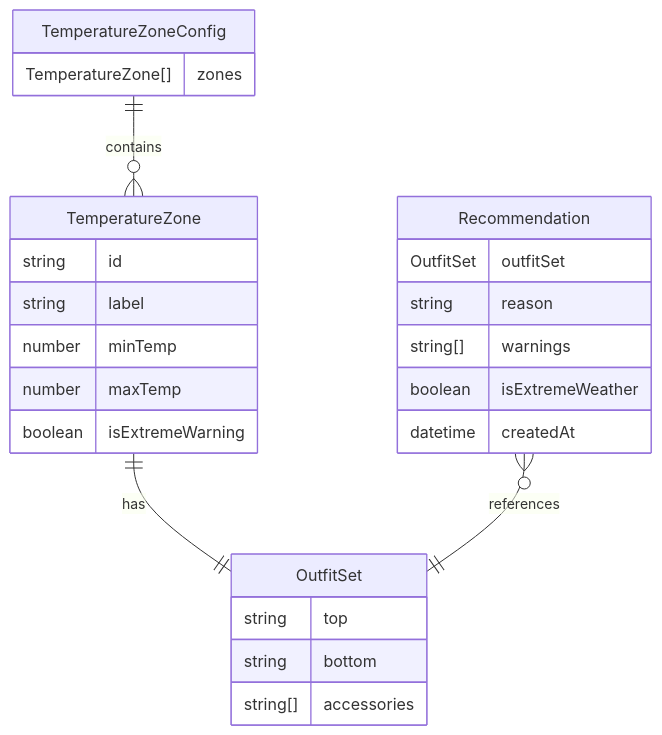
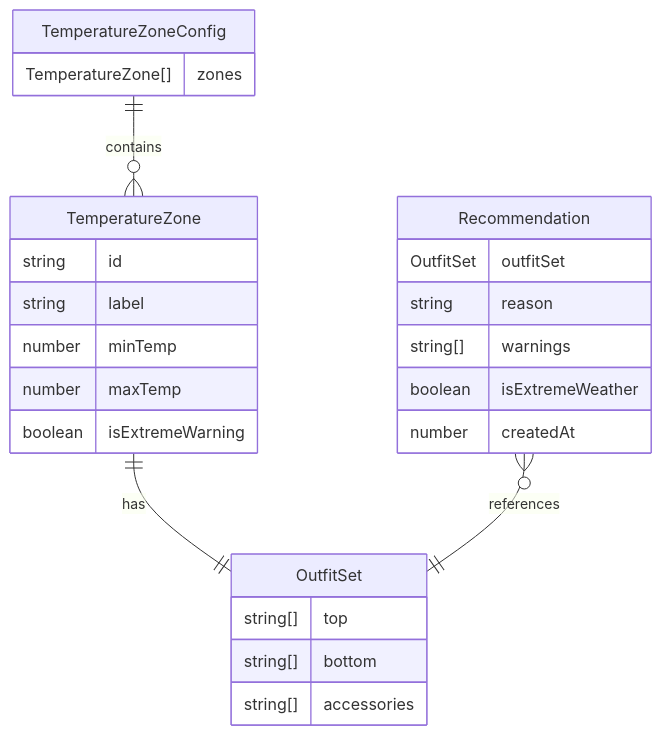
The diagram in specs/domains/recommendation.mmd (nukeguys/ootr), drawn with Mermaid before and after one commit. The commit also changed 40 other files, not shown here.

```diff
--- a/specs/domains/recommendation.mmd
+++ b/specs/domains/recommendation.mmd
@@ -1,26 +1,26 @@
 erDiagram
     TemperatureZoneConfig ||--o{ TemperatureZone : contains
     TemperatureZone ||--|| OutfitSet : has
     Recommendation }o--|| OutfitSet : references
     TemperatureZone {
         string id
         string label
         number minTemp
         number maxTemp
         boolean isExtremeWarning
     }
     OutfitSet {
-        string top
-        string bottom
+        string[] top
+        string[] bottom
         string[] accessories
     }
     Recommendation {
         OutfitSet outfitSet
         string reason
         string[] warnings
         boolean isExtremeWeather
-        datetime createdAt
+        number createdAt
     }
     TemperatureZoneConfig {
         TemperatureZone[] zones
     }
```
